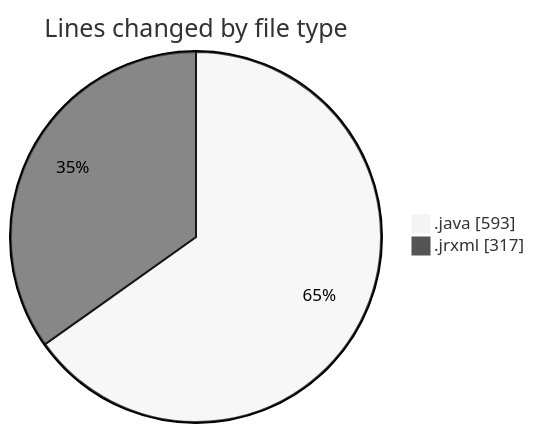
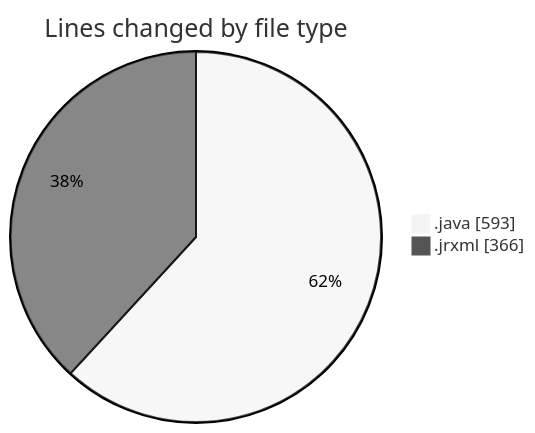
The first of 2 diagrams in 2026-08-27/cilreports__workspace_/README.md (ricardozamudiocil/code-tracking), drawn with Mermaid (neutral theme) before and after one commit. The commit also changed other lines of this file and 1 other file, not shown here.

````diff
--- a/2026-08-27/cilreports__workspace_/README.md
+++ b/2026-08-27/cilreports__workspace_/README.md
@@ -23,6 +23,6 @@
 ```mermaid
 pie showData
 title Lines changed by file type
 ".java" : 593
-".jrxml" : 317
+".jrxml" : 366
 ```
````
